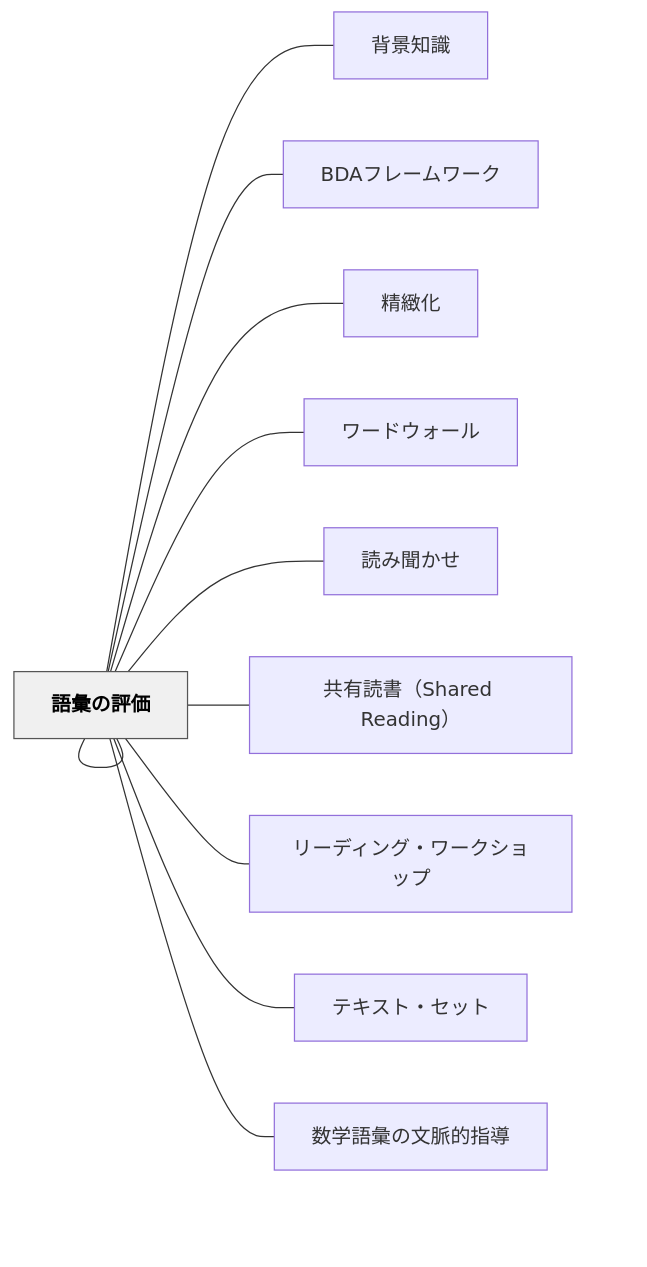
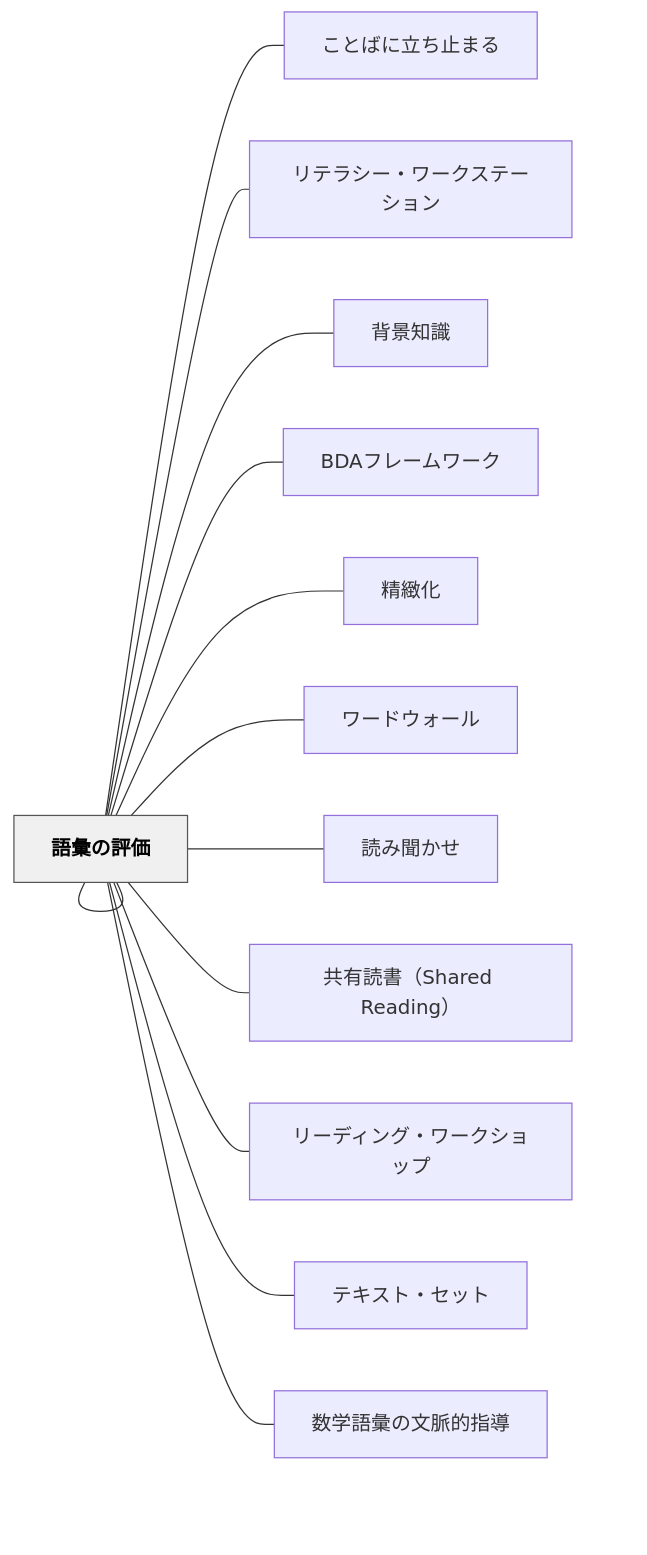
One commit to unknownthings-ed-patterns/unknownthings-ed-patterns changed the diagram in content/パタン/語彙指導.md. Above: the diagram before and after it, drawn with Mermaid. The commit also changed other lines of this file and 473 other files, not shown here.

````diff
--- a/content/パタン/語彙指導.md
+++ b/content/パタン/語彙指導.md
@@ -293,28 +295,32 @@
 ```mermaid
 flowchart LR
     ne8aa9ee5bd99["語彙指導"]
+    ne38193e381a8["ことばに立ち止まる"]
+    ne383aae38386["リテラシー・ワークステーション"]
     ne8838ce699af["背景知識"]
     n424441e38395["BDAフレームワーク"]
     ne7b2bee7b7bb["精緻化"]
     ne383afe383bc["ワードウォール"]
     ne8aaade381bf["読み聞かせ"]
     ne585b1e69c89["共有読書（Shared Reading）"]
     ne383aae383bc["リーディング・ワークショップ"]
     ne38386e382ad["テキスト・セット"]
     ne8aa9ee5bd99["語彙の評価"]
     ne695b0e5ada6["数学語彙の文脈的指導"]
 
+    ne8aa9ee5bd99 --- ne38193e381a8
+    ne8aa9ee5bd99 --- ne383aae38386
     ne8aa9ee5bd99 --- ne8838ce699af
     ne8aa9ee5bd99 --- n424441e38395
     ne8aa9ee5bd99 --- ne7b2bee7b7bb
     ne8aa9ee5bd99 --- ne383afe383bc
     ne8aa9ee5bd99 --- ne8aaade381bf
     ne8aa9ee5bd99 --- ne585b1e69c89
     ne8aa9ee5bd99 --- ne383aae383bc
     ne8aa9ee5bd99 --- ne38386e382ad
     ne8aa9ee5bd99 --- ne8aa9ee5bd99
     ne8aa9ee5bd99 --- ne695b0e5ada6
 
     classDef hub fill:#f0f0f0,stroke:#555,color:#000,font-weight:bold
     class ne8aa9ee5bd99 hub
 ```
````
